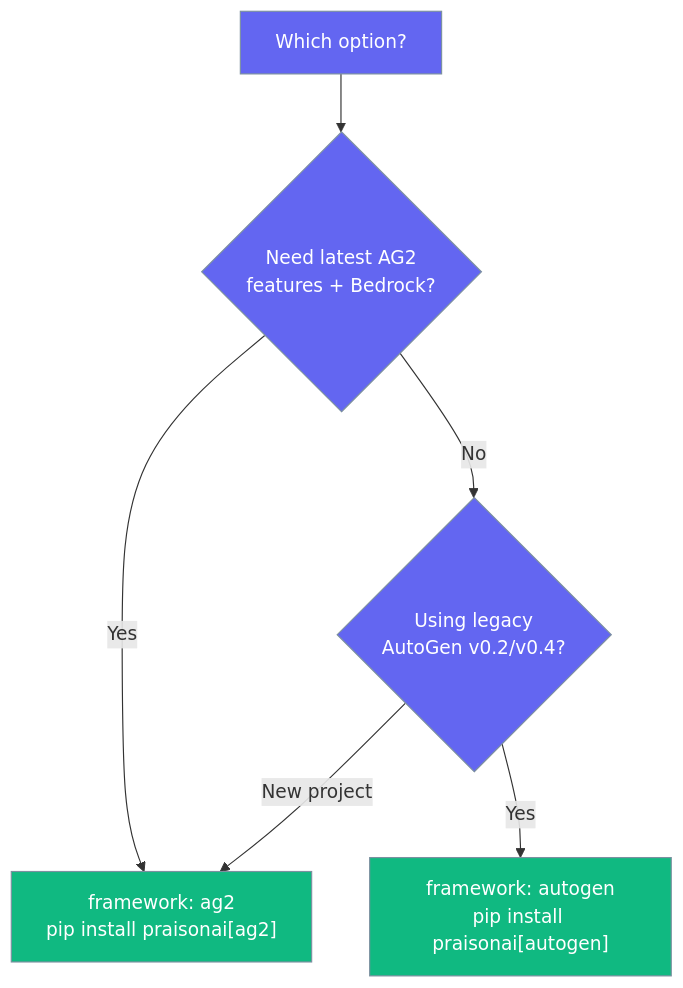
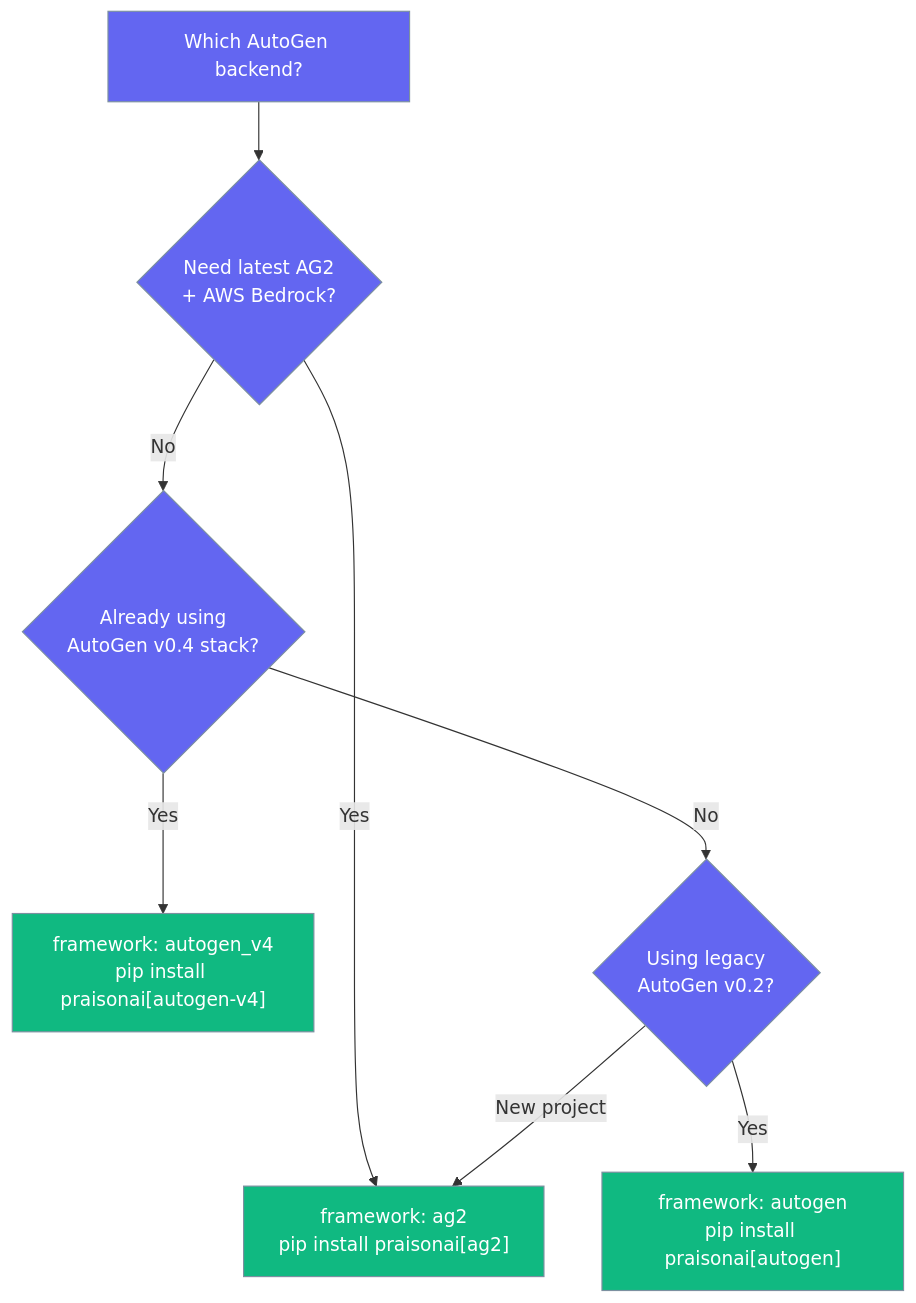
The second of 4 diagrams in docs/framework/autogen.mdx (MervinPraison/PraisonAIDocs), drawn with Mermaid before and after one commit. The commit also changed other lines of this file and 5 other files, not shown here.

````diff
--- a/docs/framework/autogen.mdx
+++ b/docs/framework/autogen.mdx
@@ -34,14 +37,16 @@
 ```mermaid
 graph TB
-    Start[Which option?] --> Q1{Need latest AG2<br/>features + Bedrock?}
+    Start[Which AutoGen backend?] --> Q1{Need latest AG2<br/>+ AWS Bedrock?}
     Q1 -->|Yes| A1["framework: ag2<br/>pip install praisonai[ag2]"]
-    Q1 -->|No| Q2{Using legacy<br/>AutoGen v0.2/v0.4?}
-    Q2 -->|Yes| A2["framework: autogen<br/>pip install praisonai[autogen]"]
-    Q2 -->|New project| A1
+    Q1 -->|No| Q2{Already using<br/>AutoGen v0.4 stack?}
+    Q2 -->|Yes| A2["framework: autogen_v4<br/>pip install praisonai[autogen-v4]"]
+    Q2 -->|No| Q3{Using legacy<br/>AutoGen v0.2?}
+    Q3 -->|Yes| A3["framework: autogen<br/>pip install praisonai[autogen]"]
+    Q3 -->|New project| A1
 
     classDef question fill:#6366F1,stroke:#7C90A0,color:#fff
     classDef answer fill:#10B981,stroke:#7C90A0,color:#fff
 
-    class Start,Q1,Q2 question
-    class A1,A2 answer
+    class Start,Q1,Q2,Q3 question
+    class A1,A2,A3 answer
 ```
````
